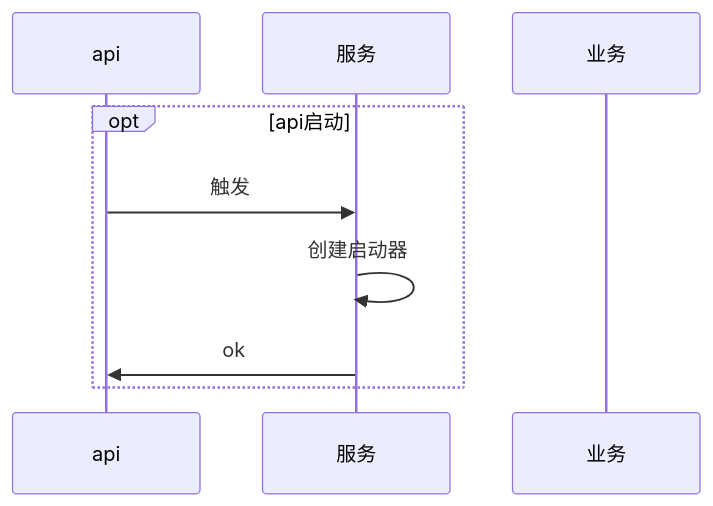
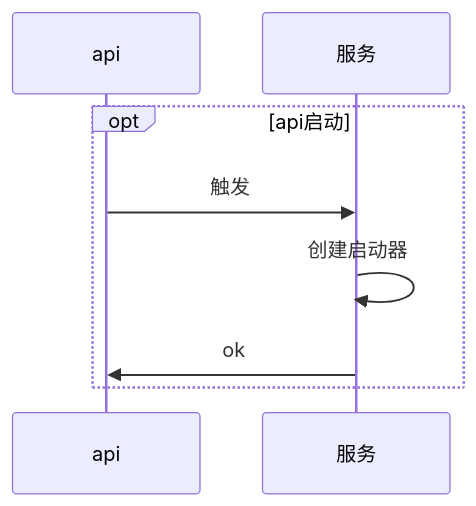
Before and after one commit to zlyuancn/batch_job: the second of 5 diagrams in readme.md, drawn with Mermaid. The commit also changed other lines of this file, not shown here.

````diff
--- a/readme.md
+++ b/readme.md
@@ -46,12 +44,11 @@
 ```mermaid
 sequenceDiagram
 participant api
 participant b as 服务
-participant f as 业务
 
 opt api启动
 api ->> b: 触发
 b ->> b: 创建启动器
 b ->> api: ok
 end
 ```
````
